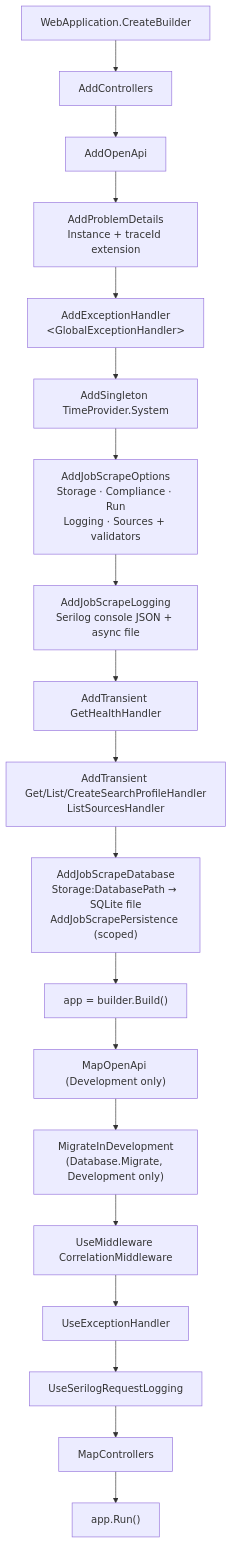
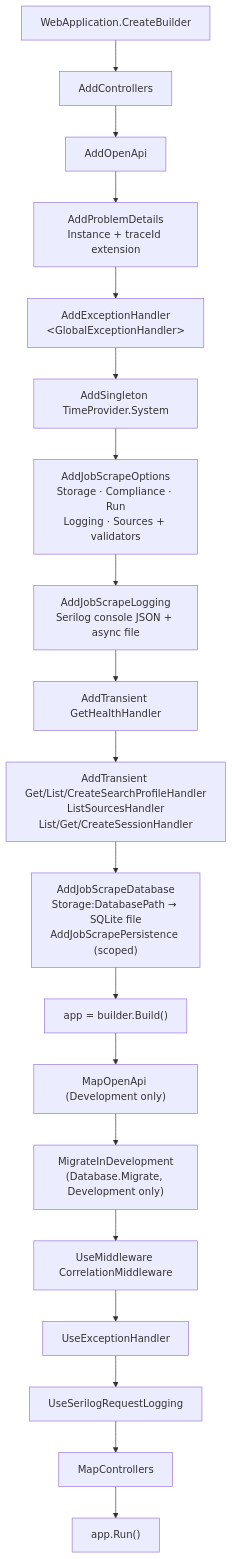
Before and after one commit to AslamNazeerShaikh/PlaywrightDotNet: the fourth of 10 diagrams in docs/02-architecture.md, drawn with Mermaid. The commit also changed other lines of this file and 33 other files, not shown here.

````diff
--- a/docs/02-architecture.md
+++ b/docs/02-architecture.md
@@ -173,21 +173,21 @@
 ```mermaid
 flowchart TB
     B["WebApplication.CreateBuilder"] --> CTRL["AddControllers"]
     CTRL --> OA["AddOpenApi"]
     OA --> PD["AddProblemDetails<br/>Instance + traceId extension"]
     PD --> EXH["AddExceptionHandler<br/>&lt;GlobalExceptionHandler&gt;"]
     EXH --> CLK["AddSingleton TimeProvider.System"]
     CLK --> OPT["AddJobScrapeOptions<br/>Storage · Compliance · Run<br/>Logging · Sources + validators"]
     OPT --> LOGG["AddJobScrapeLogging<br/>Serilog console JSON + async file"]
     LOGG --> H1["AddTransient GetHealthHandler"]
-    H1 --> H2["AddTransient Get/List/CreateSearchProfileHandler<br/>ListSourcesHandler"]
+    H1 --> H2["AddTransient Get/List/CreateSearchProfileHandler<br/>ListSourcesHandler<br/>List/Get/CreateSessionHandler"]
     H2 --> DB["AddJobScrapeDatabase<br/>Storage:DatabasePath → SQLite file<br/>AddJobScrapePersistence (scoped)"]
     DB --> BUILD["app = builder.Build()"]
     BUILD --> MAPOA["MapOpenApi (Development only)"]
     MAPOA --> MIG["MigrateInDevelopment<br/>(Database.Migrate, Development only)"]
     MIG --> CORR["UseMiddleware CorrelationMiddleware"]
     CORR --> EXHMW["UseExceptionHandler"]
     EXHMW --> SERILOG["UseSerilogRequestLogging"]
     SERILOG --> MAPC["MapControllers"]
     MAPC --> RUN["app.Run()"]
 ```
````
